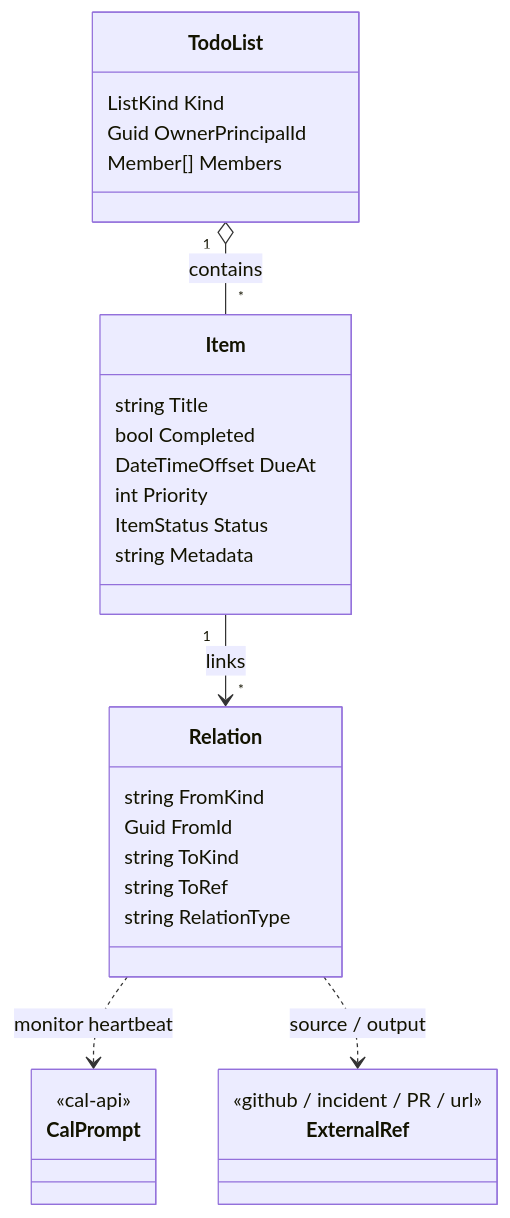
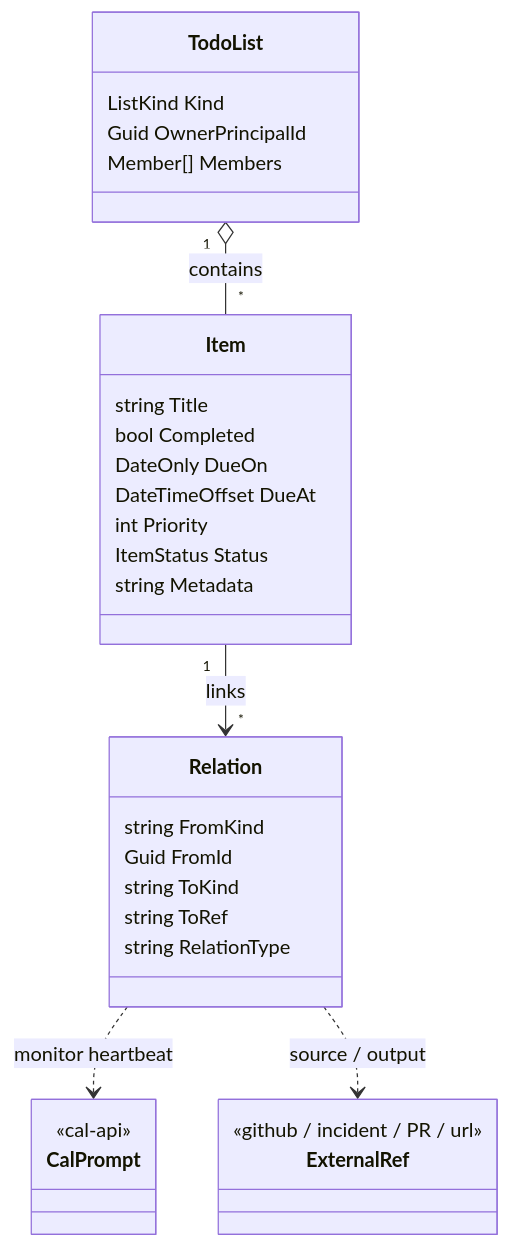
The diagram in docs/tracking-backbone.md (danbro96/LupiraTasksApi), drawn with Mermaid before and after one commit. The commit also changed other lines of this file and 35 other files, not shown here.

First line of the commit message:
Date-only dues: items carry dueOn (a day) beside dueAt (an instant)

````diff
--- a/docs/tracking-backbone.md
+++ b/docs/tracking-backbone.md
@@ -39,33 +39,34 @@
 ```mermaid
 classDiagram
   class TodoList {
     ListKind Kind
     Guid OwnerPrincipalId
     Member[] Members
   }
   class Item {
     string Title
     bool Completed
+    DateOnly DueOn
     DateTimeOffset DueAt
     int Priority
     ItemStatus Status
     string Metadata
   }
   class Relation {
     string FromKind
     Guid FromId
     string ToKind
     string ToRef
     string RelationType
   }
   class CalPrompt {
     <<cal-api>>
   }
   class ExternalRef {
     <<github / incident / PR / url>>
   }
   TodoList "1" o-- "*" Item : contains
   Item "1" --> "*" Relation : links
   Relation ..> CalPrompt : monitor heartbeat
   Relation ..> ExternalRef : source / output
 ```
````
